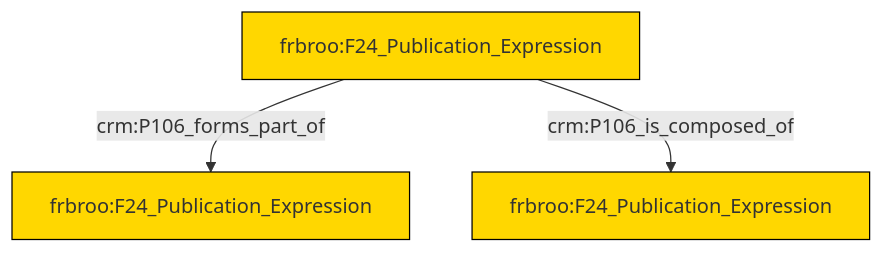
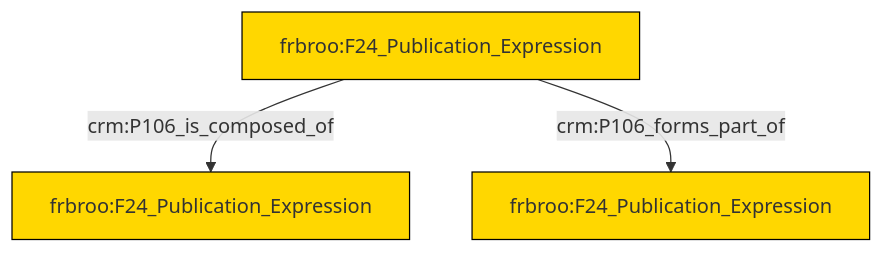
One commit to swiss-art-research-net/reference-data-models changed the diagram in et/biblioCSV/ttl/mmd/biblio_parthood.ttl.mmd. Above: the diagram before and after it, drawn with Mermaid. The commit also changed 128 other files, not shown here.

```diff
--- a/et/biblioCSV/ttl/mmd/biblio_parthood.ttl.mmd
+++ b/et/biblioCSV/ttl/mmd/biblio_parthood.ttl.mmd
@@ -1,17 +1,17 @@
 graph TD
 classDef Literal fill:#f2f2f2,stroke:#000000;
 classDef CRM_Entity fill:#FFFFFF,stroke:#000000;
 classDef Temporal_Entity fill:#00C9E6, stroke:#000000;
 classDef Type fill:#E18312, stroke:#000000;
 classDef Time-Span fill:#2C9C91, stroke:#000000;
 classDef Appellation fill:#FFEB7F, stroke:#000000;
 classDef Place fill:#008836, stroke:#000000;
 classDef Persistent_Item fill:#B266B2, stroke:#000000;
 classDef Conceptual_Object fill:#FFD700, stroke:#000000;
 classDef Physical_Thing fill:#D2B48C, stroke:#000000;
 classDef Actor fill:#f58aad, stroke:#000000;
 classDef PC_Classes fill:#4ce600, stroke:#000000;
 classDef Multi fill:#cccccc,stroke:#000000;
 
-0["frbroo:F24_Publication_Expression"]:::Conceptual_Object -->|crm:P106_forms_part_of| 1["frbroo:F24_Publication_Expression"]:::Conceptual_Object
-0["frbroo:F24_Publication_Expression"]:::Conceptual_Object -->|crm:P106_is_composed_of| 2["frbroo:F24_Publication_Expression"]:::Conceptual_Object
+0["frbroo:F24_Publication_Expression"]:::Conceptual_Object -->|crm:P106_is_composed_of| 1["frbroo:F24_Publication_Expression"]:::Conceptual_Object
+0["frbroo:F24_Publication_Expression"]:::Conceptual_Object -->|crm:P106_forms_part_of| 2["frbroo:F24_Publication_Expression"]:::Conceptual_Object
```
